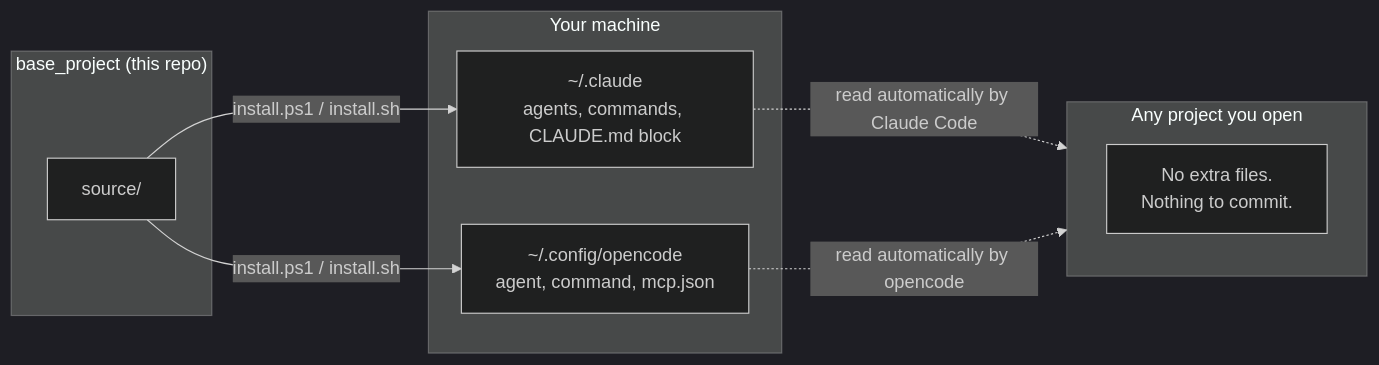
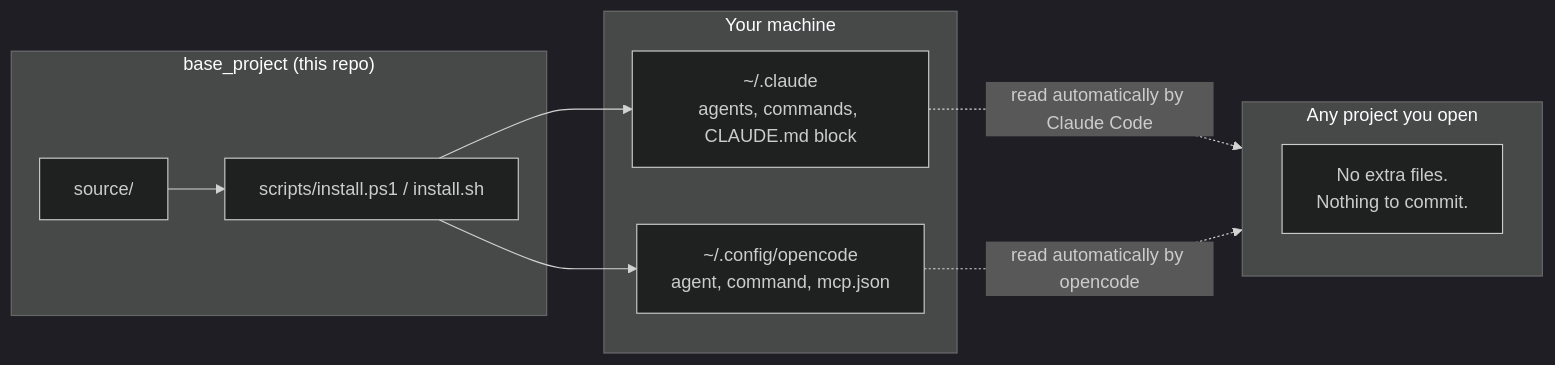
The diagram in README.md (alexmiguel011014-stack/base_project), drawn with Mermaid (dark theme) before and after one commit. The commit also changed other lines of this file and 16 other files, not shown here.

````diff
--- a/README.md
+++ b/README.md
@@ -27,18 +27,20 @@
 ```mermaid
 flowchart LR
     subgraph BP["base_project (this repo)"]
         S["source/"]
+        I["scripts/install.ps1 / install.sh"]
     end
     subgraph GLOBAL["Your machine"]
         C["~/.claude<br/>agents, commands, CLAUDE.md block"]
         O["~/.config/opencode<br/>agent, command, mcp.json"]
     end
     subgraph PROJ["Any project you open"]
         P["No extra files.<br/>Nothing to commit."]
     end
 
-    S -->|install.ps1 / install.sh| C
-    S -->|install.ps1 / install.sh| O
+    S --> I
+    I --> C
+    I --> O
     C -. read automatically by Claude Code .-> PROJ
     O -. read automatically by opencode .-> PROJ
 ```
````
